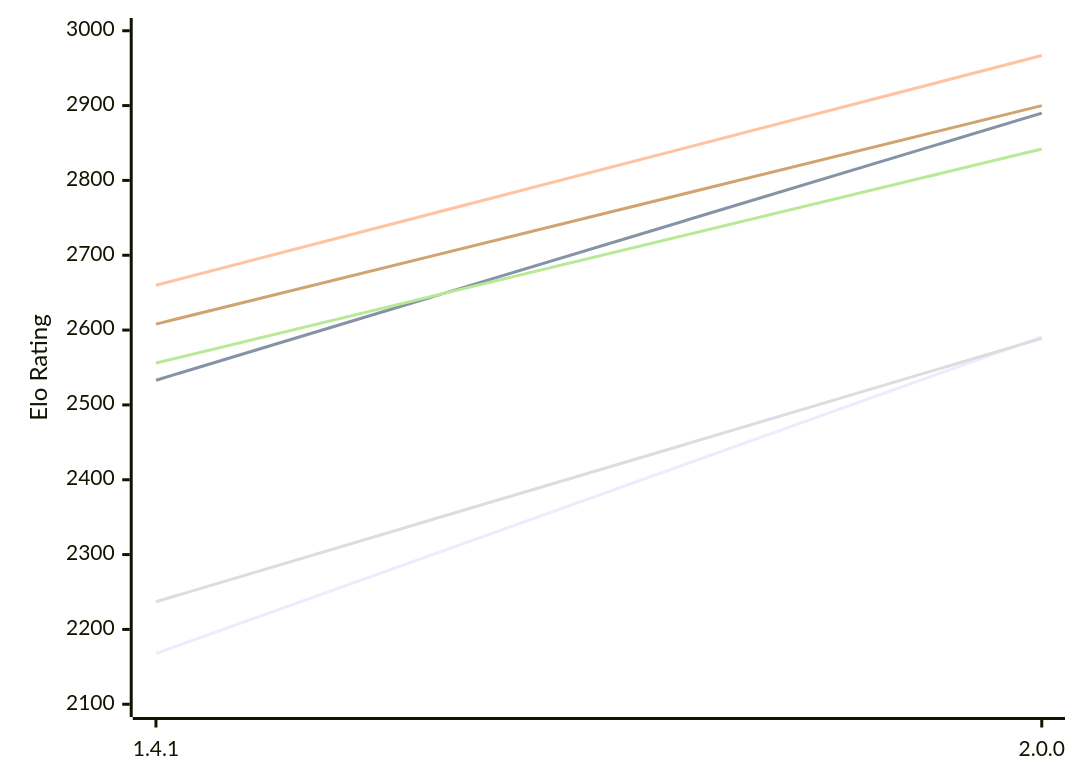
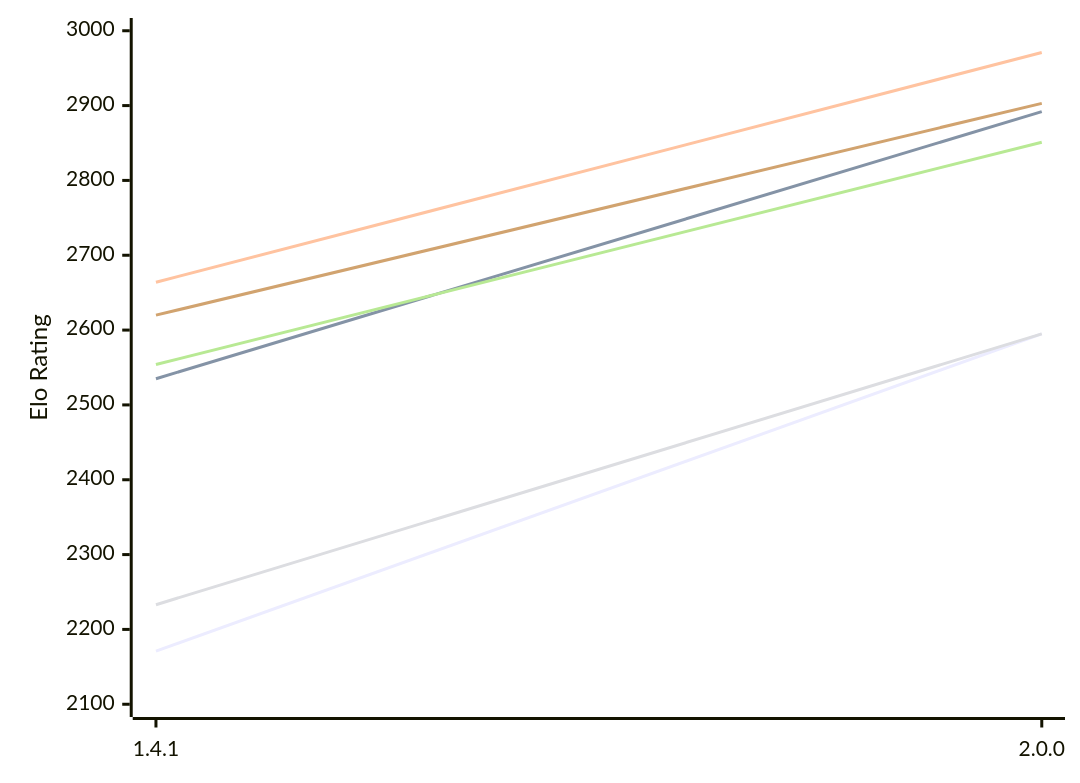
Before and after one commit to computer-chess-index/cci: the first of 2 diagrams in engines/Chal.md, drawn with Mermaid. The commit also changed other lines of this file, not shown here.

Commit message:
Update CCI Ratings (ELO VLTC) - 2026-11-20

````diff
--- a/engines/Chal.md
+++ b/engines/Chal.md
@@ -55,12 +55,12 @@
 ```mermaid
 %%{init: {"theme":"base","themeVariables":{"seriesColors:['#a3a3a3','#222221','#faa371']}}}%%
 xychart-beta
   x-axis ["1.4.1", "2.0.0"]
   y-axis "Elo Rating" 2100 --> 3000
-  line "E1: STC (8.0+0.08s)" [2168, 2591]
-  line "E1: LTC (60.0+0.60s)" [2533, 2890]
-  line "E1: VLTC (2m24s+1.12s)" [2660, 2967]
-  line "P1: STC (8.0+0.08s)" [2237, 2589]
-  line "P1: LTC (60.0+0.60s)" [2556, 2842]
-  line "P1: VLTC (2m24s+1.12s)" [2608, 2900]
+  line "E1: STC (8.0+0.08s)" [2171, 2595]
+  line "E1: LTC (60.0+0.60s)" [2535, 2892]
+  line "E1: VLTC (2m24s+1.12s)" [2664, 2971]
+  line "P1: STC (8.0+0.08s)" [2233, 2595]
+  line "P1: LTC (60.0+0.60s)" [2554, 2851]
+  line "P1: VLTC (2m24s+1.12s)" [2620, 2903]
 ```
````
